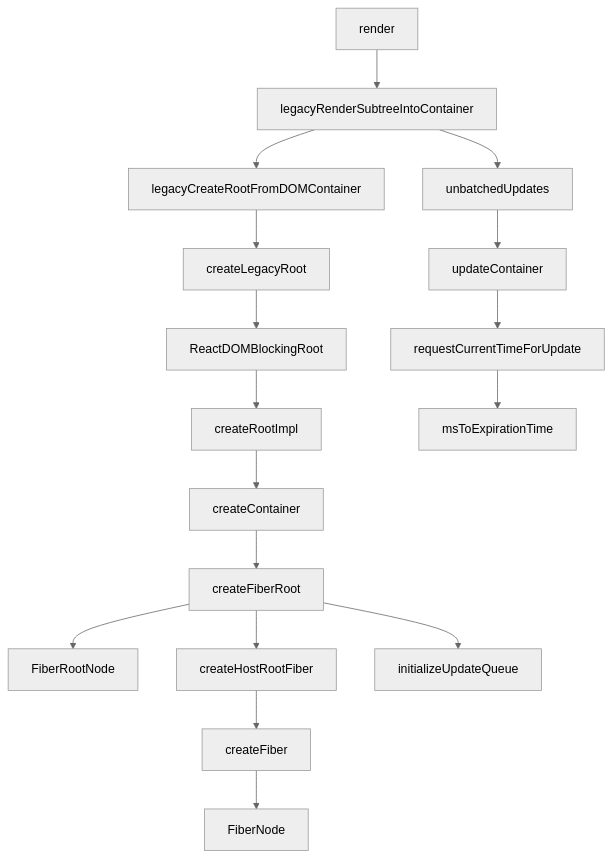
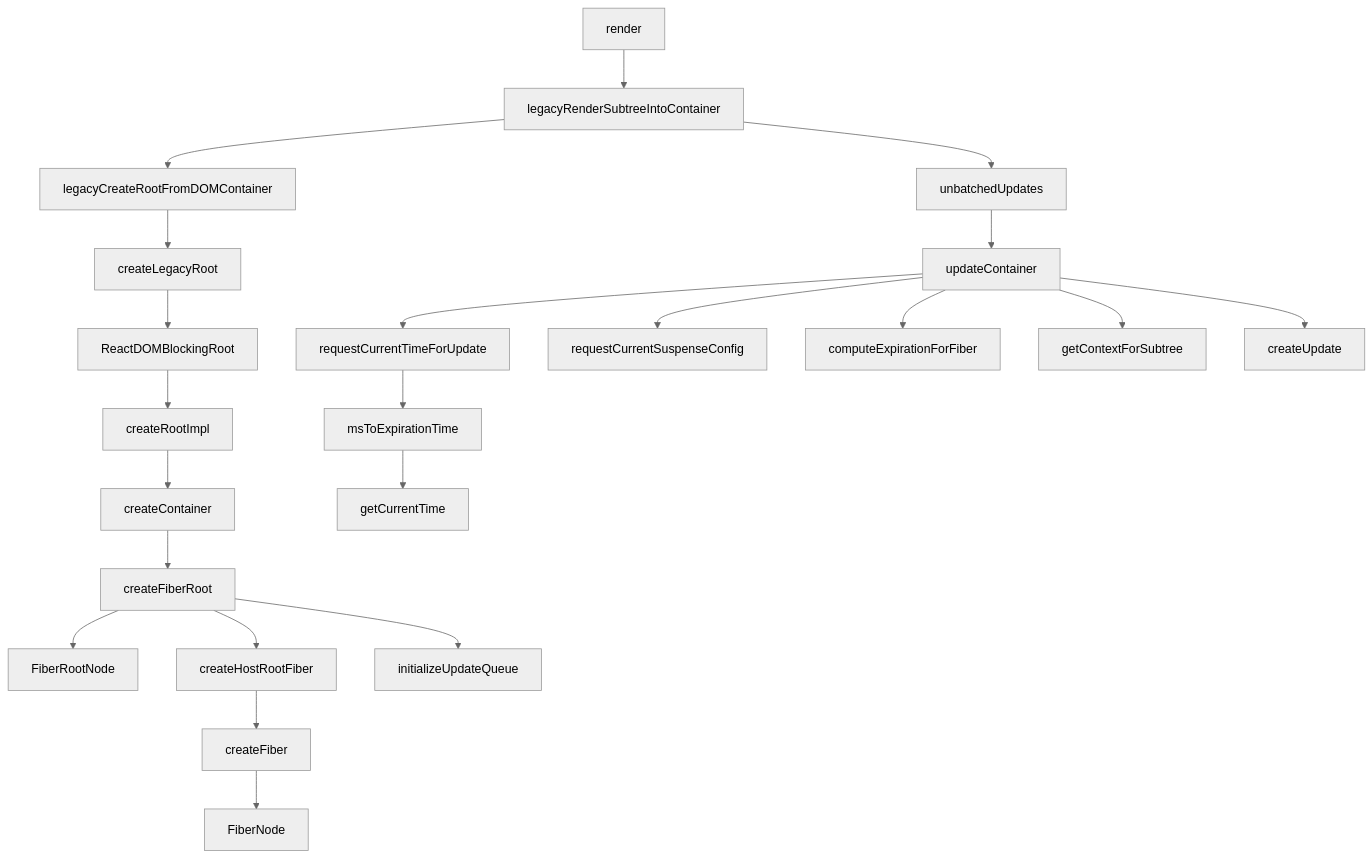
The first of 2 diagrams in source/_posts/2020-07-12-react源码学习之首次渲染的更新过程.md (ginnko/ginnko.github.io), drawn with Mermaid (neutral theme) before and after one commit. The commit also changed other lines of this file, not shown here.

````diff
--- a/source/_posts/2020-07-12-react源码学习之首次渲染的更新过程.md
+++ b/source/_posts/2020-07-12-react源码学习之首次渲染的更新过程.md
@@ -15,20 +15,25 @@
 ```mermaid
 graph TD;
 
   render --> legacyRenderSubtreeIntoContainer;
   legacyRenderSubtreeIntoContainer --> legacyCreateRootFromDOMContainer;
   legacyCreateRootFromDOMContainer --> createLegacyRoot;
   createLegacyRoot --> ReactDOMBlockingRoot;
   ReactDOMBlockingRoot --> createRootImpl;
   createRootImpl --> createContainer;
   createContainer --> createFiberRoot;
   createFiberRoot --> FiberRootNode;
   createFiberRoot --> createHostRootFiber;
   createFiberRoot --> initializeUpdateQueue;
   createHostRootFiber --> createFiber;
   createFiber --> FiberNode;
   legacyRenderSubtreeIntoContainer --> unbatchedUpdates;
   unbatchedUpdates --> updateContainer;
   updateContainer --> requestCurrentTimeForUpdate;
   requestCurrentTimeForUpdate --> msToExpirationTime;
+  msToExpirationTime --> getCurrentTime;
+  updateContainer --> requestCurrentSuspenseConfig;
+  updateContainer --> computeExpirationForFiber;
+  updateContainer --> getContextForSubtree;
+  updateContainer --> createUpdate;
 ```
````
